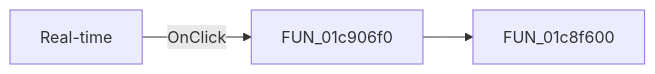
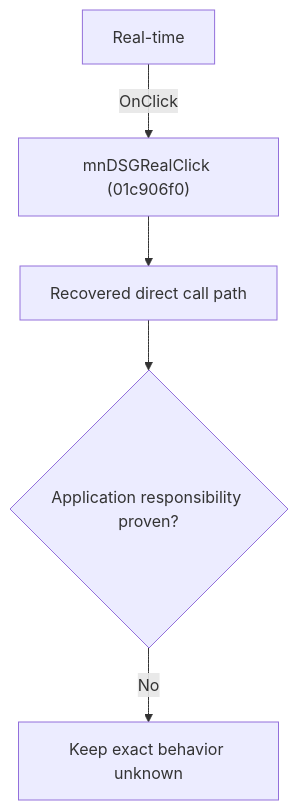
One commit to MovGP0/TIARA changed the diagram in docs/ui-controls/schematiceditor/mndsgreal-a949962c15.md. Above: the diagram before and after it, drawn with Mermaid. The commit also changed other lines of this file and 1062 other files, not shown here.

````diff
--- a/docs/ui-controls/schematiceditor/mndsgreal-a949962c15.md
+++ b/docs/ui-controls/schematiceditor/mndsgreal-a949962c15.md
@@ -27,5 +27,7 @@
 ```mermaid
-flowchart LR
-    control["Real-time"] -->|OnClick| handler["FUN_01c906f0"]
-    handler --> call1["FUN_01c8f600"]
+flowchart TD
+    control["Real-time"] -->|"OnClick"| handler["mnDSGRealClick (01c906f0)"]
+    handler --> recovered["Recovered direct call path"]
+    recovered --> gap{"Application responsibility proven?"}
+    gap -->|"No"| blocked["Keep exact behavior unknown"]
 ```
````
